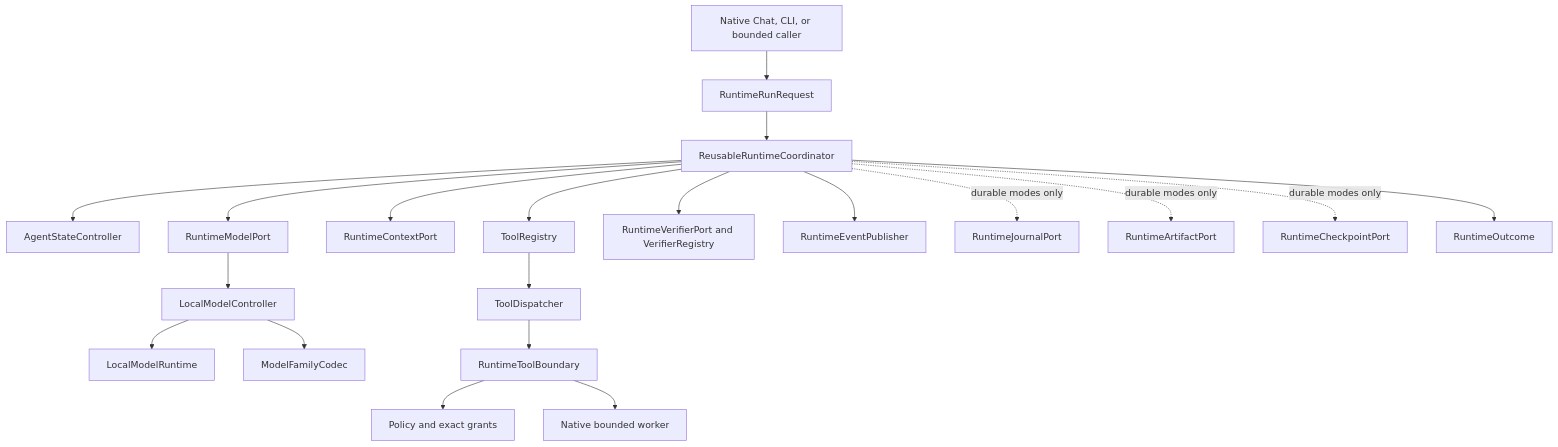
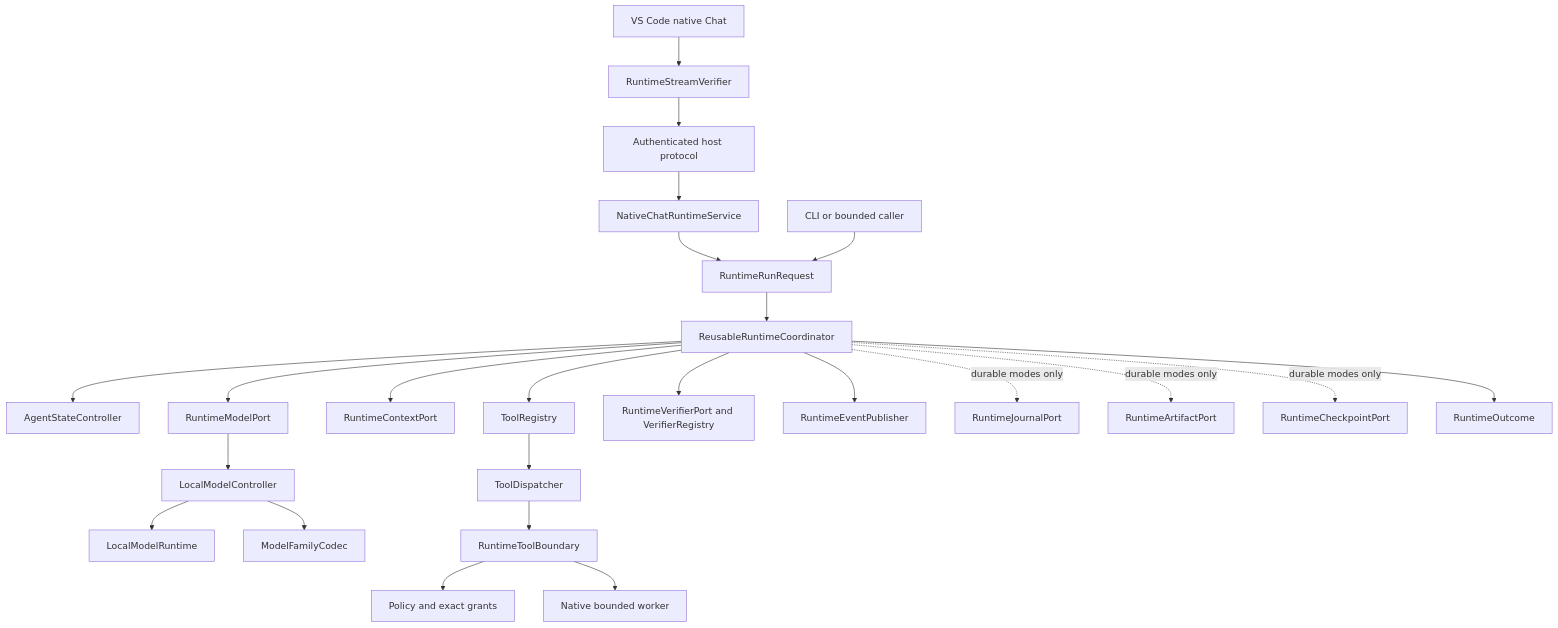
Before and after one commit to AaronNHorvitz/AgentMage: the first of 3 diagrams in docs/architecture/reusable-runtime-coordinator.md, drawn with Mermaid. The commit also changed other lines of this file and 6 other files, not shown here.

Commit message:
docs(runtime): reconcile native chat transport evidence

````diff
--- a/docs/architecture/reusable-runtime-coordinator.md
+++ b/docs/architecture/reusable-runtime-coordinator.md
@@ -18,22 +20,26 @@
 ```mermaid
 flowchart TB
-    CLIENT["Native Chat, CLI, or bounded caller"] --> REQUEST["RuntimeRunRequest"]
+    CHAT["VS Code native Chat"] --> SHELL["RuntimeStreamVerifier"]
+    SHELL --> IPC["Authenticated host protocol"]
+    IPC --> ADAPTER["NativeChatRuntimeService"]
+    ADAPTER --> REQUEST["RuntimeRunRequest"]
+    CLIENT["CLI or bounded caller"] --> REQUEST
     REQUEST --> COORD["ReusableRuntimeCoordinator"]
     COORD --> STATE["AgentStateController"]
     COORD --> MODEL["RuntimeModelPort"]
     MODEL --> LMC["LocalModelController"]
     LMC --> LMR["LocalModelRuntime"]
     LMC --> CODEC["ModelFamilyCodec"]
     COORD --> CONTEXT["RuntimeContextPort"]
     COORD --> REGISTRY["ToolRegistry"]
     REGISTRY --> DISPATCH["ToolDispatcher"]
     DISPATCH --> BOUNDARY["RuntimeToolBoundary"]
     BOUNDARY --> POLICY["Policy and exact grants"]
     BOUNDARY --> WORKER["Native bounded worker"]
     COORD --> VERIFY["RuntimeVerifierPort and VerifierRegistry"]
     COORD --> EVENTS["RuntimeEventPublisher"]
     COORD -. "durable modes only" .-> JOURNAL["RuntimeJournalPort"]
     COORD -. "durable modes only" .-> ARTIFACTS["RuntimeArtifactPort"]
     COORD -. "durable modes only" .-> CHECKPOINTS["RuntimeCheckpointPort"]
     COORD --> OUTCOME["RuntimeOutcome"]
 ```
````
